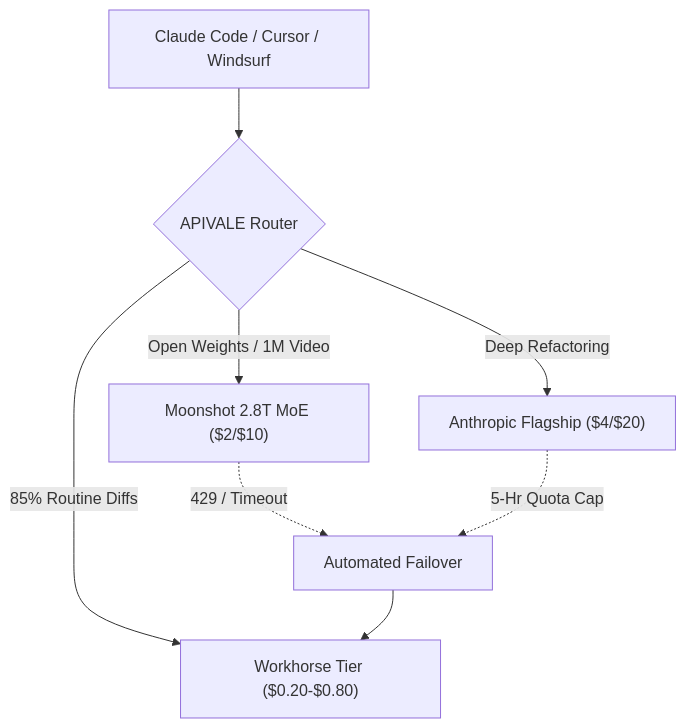
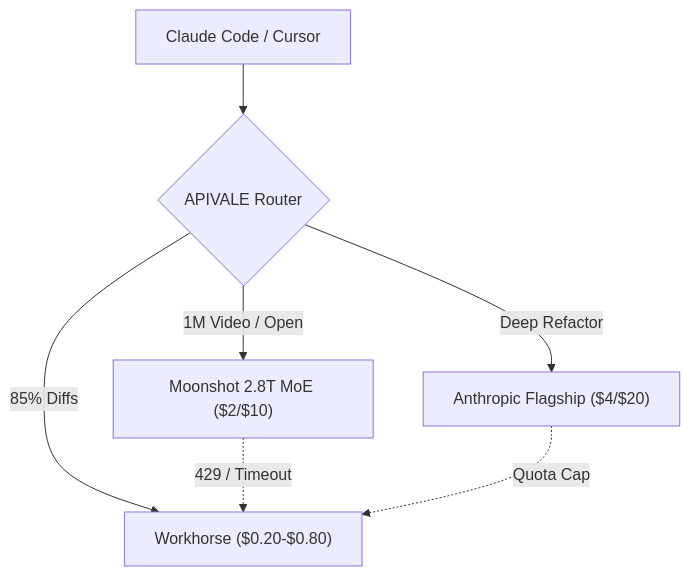
One commit to bshx2024/apivel_blog changed the diagram in src/content/blog/kimi-k3-1-vs-claude-opus-5-5-benchmarks.md. Above: the diagram before and after it, drawn with Mermaid. The commit also changed other lines of this file, not shown here.

Commit message:
perf(blog): trim kimi-k3-1-vs-claude-opus-5-5-benchmarks under 1800 rendered words

````diff
--- a/src/content/blog/kimi-k3-1-vs-claude-opus-5-5-benchmarks.md
+++ b/src/content/blog/kimi-k3-1-vs-claude-opus-5-5-benchmarks.md
@@ -39,10 +39,9 @@
 ```mermaid
 flowchart TD
-    Agent["Claude Code / Cursor / Windsurf"] --> Router{"APIVALE Router"}
-    Router -->|"85% Routine Diffs"| Workhorse["Workhorse Tier ($0.20-$0.80)"]
-    Router -->|"Open Weights / 1M Video"| Kimi["Moonshot 2.8T MoE ($2/$10)"]
-    Router -->|"Deep Refactoring"| Opus["Anthropic Flagship ($4/$20)"]
-    Kimi -.->|"429 / Timeout"| Failover["Automated Failover"]
-    Opus -.->|"5-Hr Quota Cap"| Failover
-    Failover --> Workhorse
+    Agent["Claude Code / Cursor"] --> Router{"APIVALE Router"}
+    Router -->|"85% Diffs"| Workhorse["Workhorse ($0.20-$0.80)"]
+    Router -->|"1M Video / Open"| Kimi["Moonshot 2.8T MoE ($2/$10)"]
+    Router -->|"Deep Refactor"| Opus["Anthropic Flagship ($4/$20)"]
+    Kimi -.->|"429 / Timeout"| Workhorse
+    Opus -.->|"Quota Cap"| Workhorse
 ```
````
